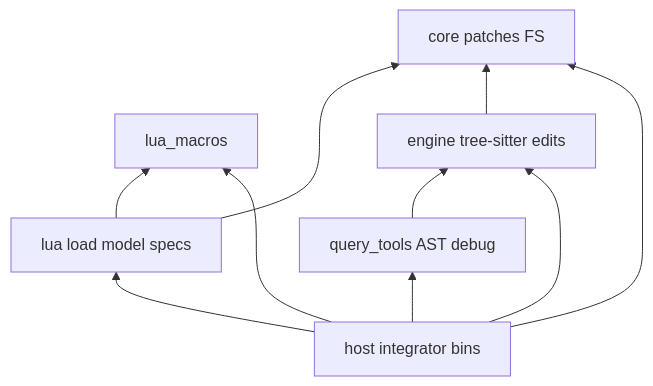
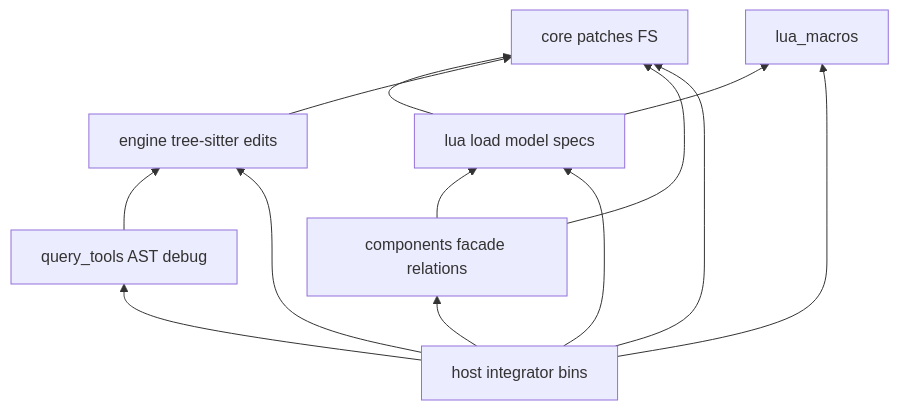
The first of 4 diagrams in docs/develop/05_dogfood/05_target_architecture.md (c4rl2s0n/CodemodRecipe), drawn with Mermaid before and after one commit. The commit also changed other lines of this file and 64 other files, not shown here.

````diff
--- a/docs/develop/05_dogfood/05_target_architecture.md
+++ b/docs/develop/05_dogfood/05_target_architecture.md
@@ -20,18 +20,22 @@
 ```mermaid
 flowchart BT
   lua_macros["lua_macros"]
   core["core patches FS"]
   lua["lua load model specs"]
   engine["engine tree-sitter edits"]
   query_tools["query_tools AST debug"]
+  components["components facade relations"]
   host["host integrator bins"]
   lua --> lua_macros
   lua --> core
   engine --> core
   query_tools --> engine
+  components --> core
+  components --> lua
   host --> core
+  host --> components
   host --> engine
   host --> lua
   host --> lua_macros
   host --> query_tools
 ```
````
